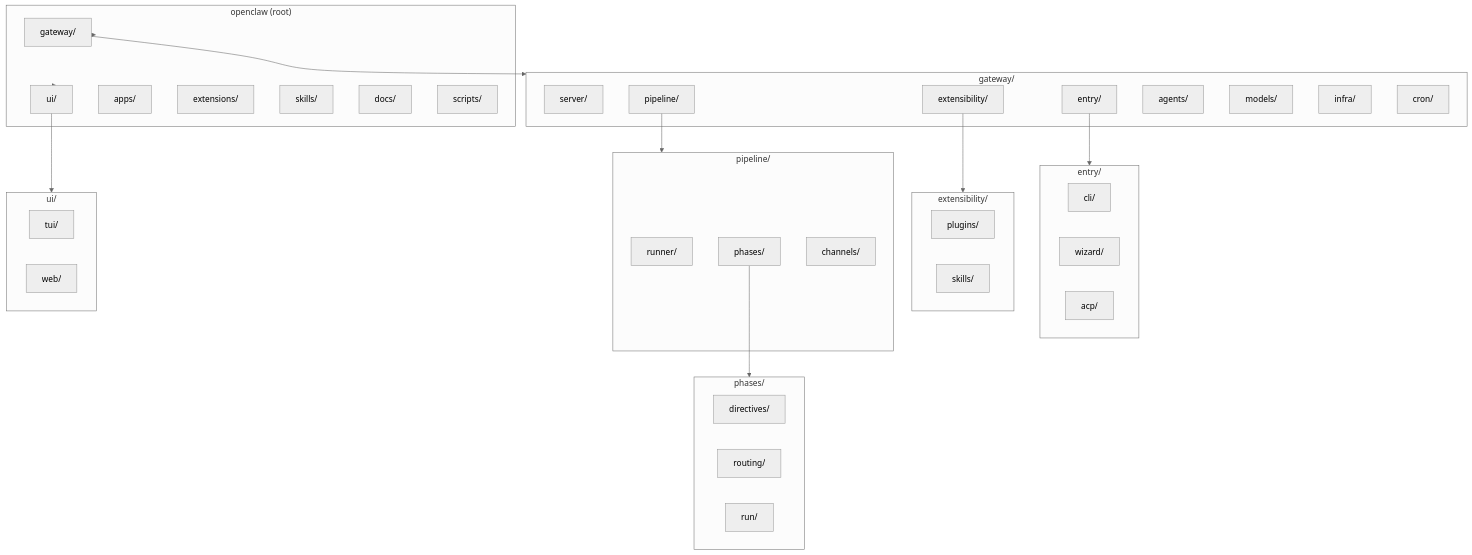
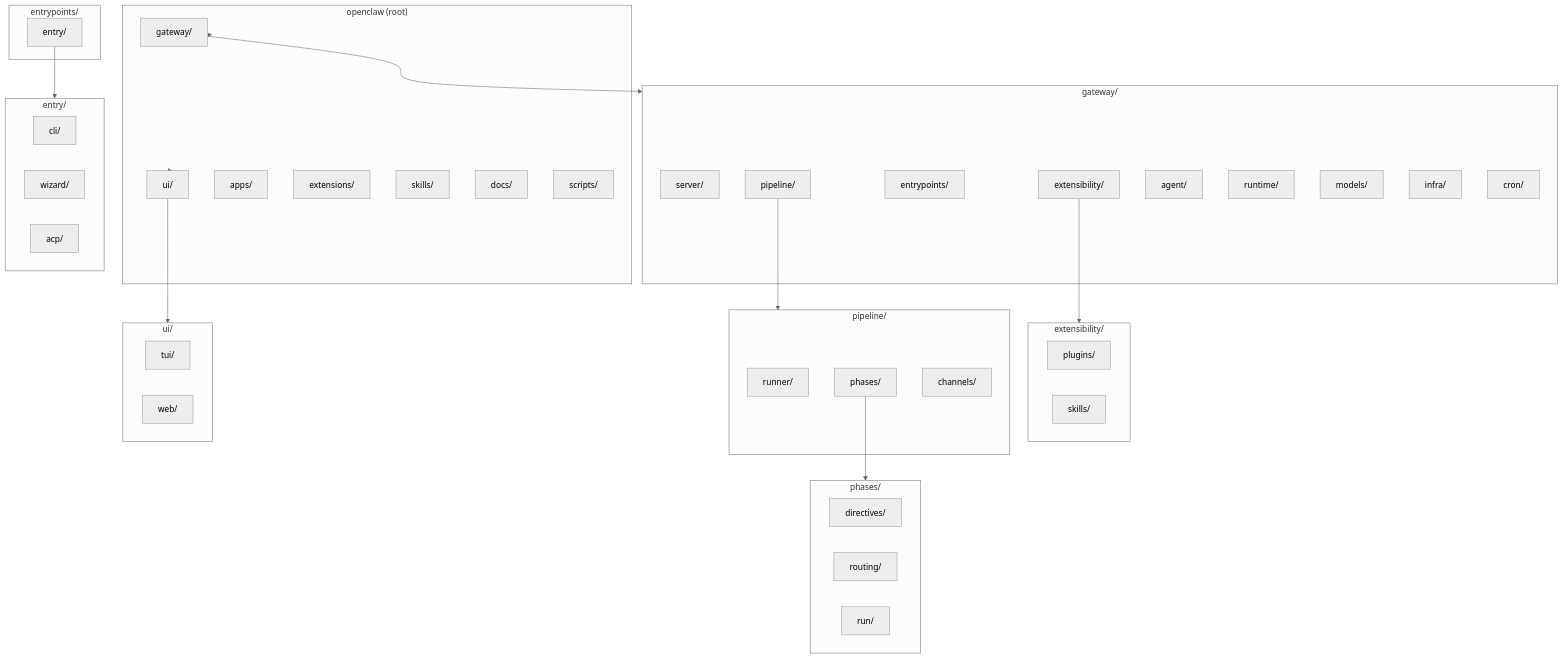
The diagram in docs/reference/restructure-plan.md (ikelee/ikebot), drawn with Mermaid (neutral theme) before and after one commit. The commit also changed other lines of this file and 2706 other files, not shown here.

````diff
--- a/docs/reference/restructure-plan.md
+++ b/docs/reference/restructure-plan.md
@@ -58,60 +64,64 @@
 ```mermaid
 flowchart TB
   subgraph root["openclaw (root)"]
     gateway["gateway/"]
     ui["ui/"]
     apps["apps/"]
     ext["extensions/"]
     skills_root["skills/"]
     docs_root["docs/"]
     scripts["scripts/"]
   end
 
   subgraph gateway_content["gateway/"]
     server["server/"]
     pipeline["pipeline/"]
-    entry["entry/"]
+    entrypoints["entrypoints/"]
     extensibility["extensibility/"]
-    agents["agents/"]
+    agent["agent/"]
+    runtime["runtime/"]
     models["models/"]
     infra["infra/"]
     cron["cron/"]
   end
 
+  subgraph entrypoints_content["entrypoints/"]
+    entry["entry/"]
+  end
   subgraph entry_content["entry/"]
     cli["cli/"]
     wizard["wizard/"]
     acp["acp/"]
   end
 
   subgraph extensibility_content["extensibility/"]
     plugins["plugins/"]
     skills_gw["skills/"]
   end
 
   subgraph pipeline_content["pipeline/"]
     runner["runner/"]
     phases["phases/"]
     channels["channels/"]
   end
 
   subgraph phases_content["phases/"]
     directives["directives/"]
     routing_phase["routing/"]
     run_phase["run/"]
   end
 
   subgraph ui_content["ui/"]
     tui["tui/"]
     web_ui["web/"]
   end
 
   root --> gateway
   root --> ui
   gateway --> gateway_content
   entry --> entry_content
   extensibility --> extensibility_content
   pipeline --> pipeline_content
   phases --> phases_content
   ui --> ui_content
 ```
````
